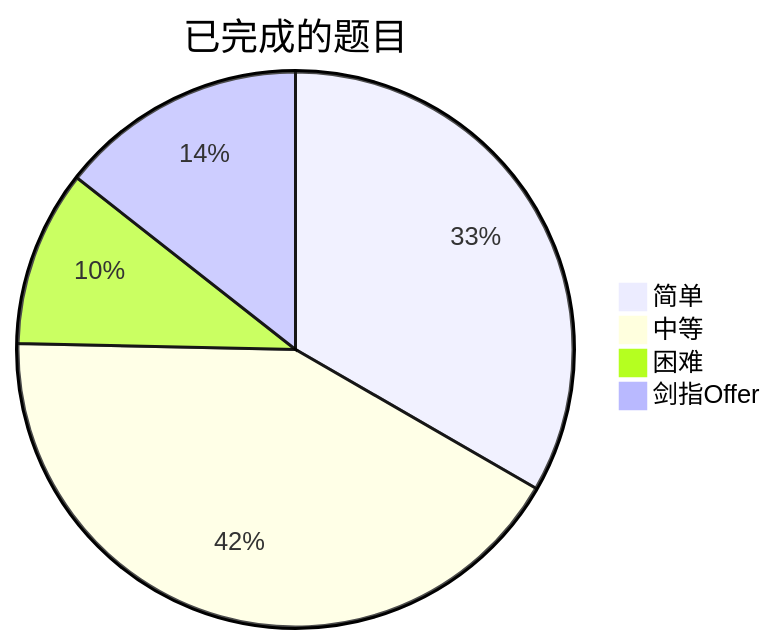
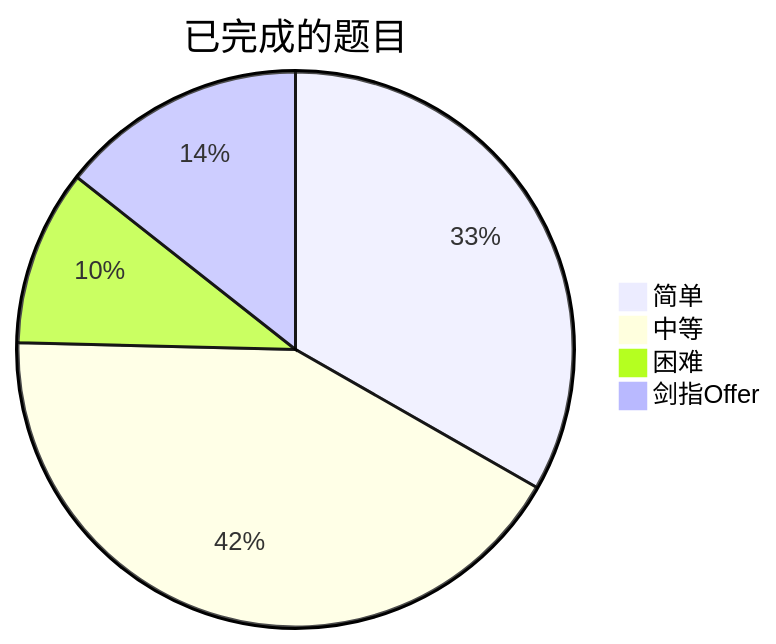
One commit to kaisa911/LeetCode changed the diagram in README.md. Above: the diagram before and after it, drawn with Mermaid. The commit also changed other lines of this file and 20 other files, not shown here.

````diff
--- a/README.md
+++ b/README.md
@@ -9,7 +9,7 @@
 ```mermaid
 pie title 已完成的题目
     "简单" : 169
-    "中等" : 213
+    "中等" : 214
     "困难" : 52
     "剑指Offer" : 73
 ```
````
